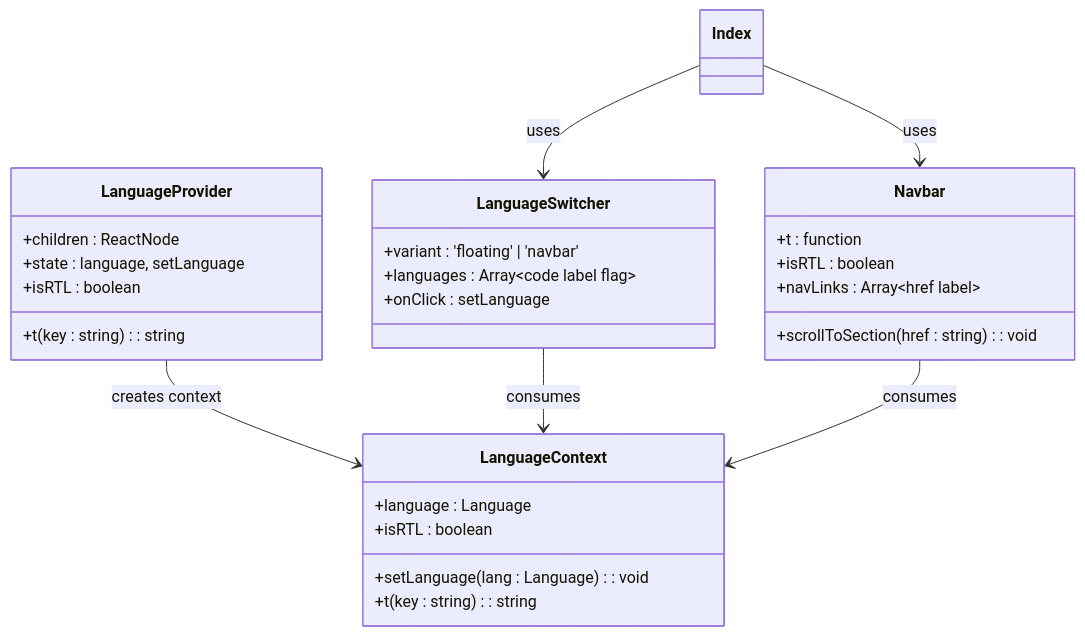
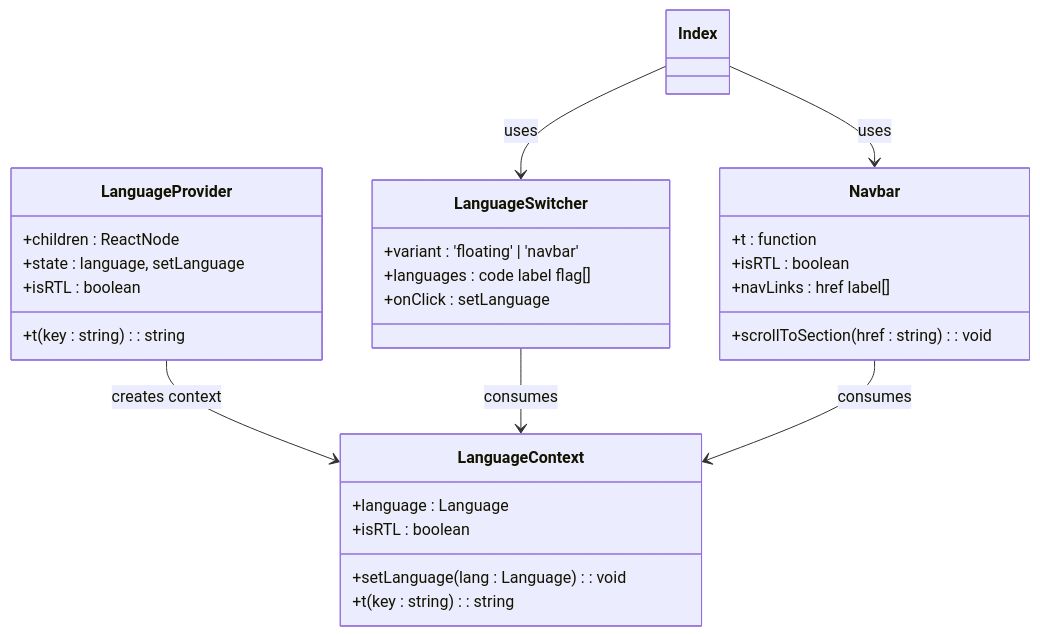
Before and after one commit to mohjak/sc-dof: the third of 6 diagrams in .qoder/repowiki/en/content/Project Overview.md, drawn with Mermaid. The commit also changed other lines of this file and 8 other files, not shown here.

````diff
--- a/.qoder/repowiki/en/content/Project Overview.md
+++ b/.qoder/repowiki/en/content/Project Overview.md
@@ -126,31 +132,31 @@
 ```mermaid
 classDiagram
 class LanguageContext {
 +language : Language
 +setLanguage(lang : Language) : void
 +t(key : string) : string
 +isRTL : boolean
 }
 class LanguageProvider {
 +children : ReactNode
 +state : language, setLanguage
 +t(key : string) : string
 +isRTL : boolean
 }
 class LanguageSwitcher {
 +variant : 'floating' | 'navbar'
-+languages : Array~code  label  flag~
++languages : code label flag[]
 +onClick : setLanguage
 }
 class Navbar {
 +t : function
 +isRTL : boolean
-+navLinks : Array~href  label~
++navLinks : href label[]
 +scrollToSection(href : string) : void
 }
 LanguageProvider --> LanguageContext : creates context
 LanguageSwitcher --> LanguageContext : consumes
 Navbar --> LanguageContext : consumes
 Index --> LanguageSwitcher : uses
 Index --> Navbar : uses
 ```
````
